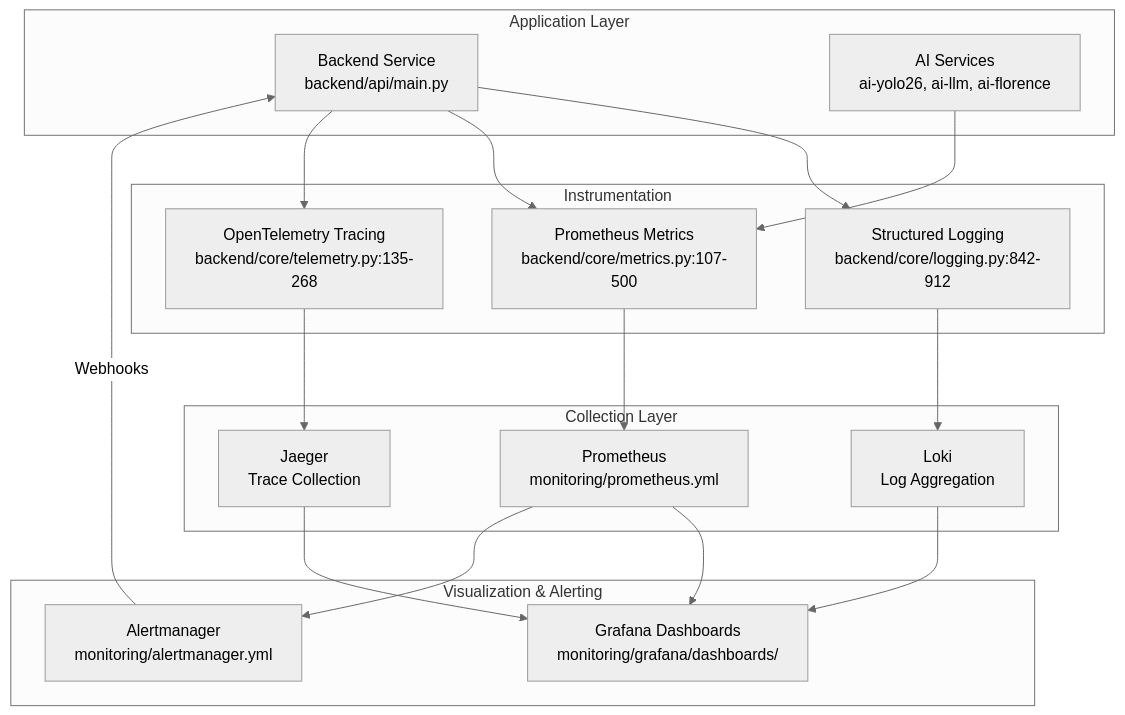
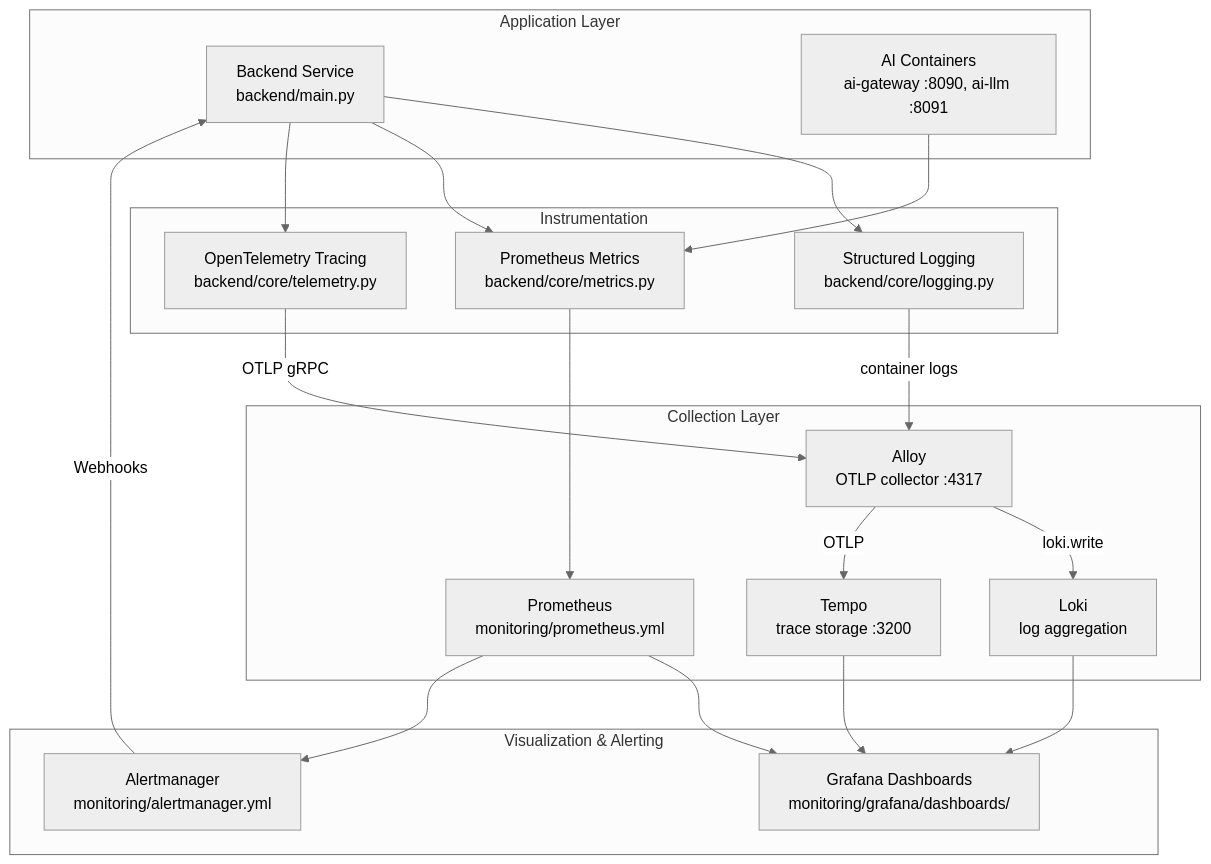
Before and after one commit to mikesvoboda/nemotron-v3-home-security-intelligence: the diagram in docs/architecture/observability/README.md, drawn with Mermaid (neutral theme). The commit also changed other lines of this file and 313 other files, not shown here.

````diff
--- a/docs/architecture/observability/README.md
+++ b/docs/architecture/observability/README.md
@@ -27,40 +29,43 @@
 ```mermaid
 graph TD
     subgraph "Application Layer"
-        BE[Backend Service<br/>backend/api/main.py]
-        AI[AI Services<br/>ai-yolo26, ai-llm, ai-florence]
+        BE[Backend Service<br/>backend/main.py]
+        AI[AI Containers<br/>ai-gateway :8090, ai-llm :8091]
     end
 
     subgraph "Instrumentation"
-        LOG[Structured Logging<br/>backend/core/logging.py:842-912]
-        MET[Prometheus Metrics<br/>backend/core/metrics.py:107-500]
-        TRC[OpenTelemetry Tracing<br/>backend/core/telemetry.py:135-268]
+        LOG[Structured Logging<br/>backend/core/logging.py]
+        MET[Prometheus Metrics<br/>backend/core/metrics.py]
+        TRC[OpenTelemetry Tracing<br/>backend/core/telemetry.py]
     end
 
     subgraph "Collection Layer"
         PROM[Prometheus<br/>monitoring/prometheus.yml]
-        LOKI[Loki<br/>Log Aggregation]
-        JAEG[Jaeger<br/>Trace Collection]
+        LOKI[Loki<br/>log aggregation]
+        ALLOY[Alloy<br/>OTLP collector :4317]
+        TEMPO[Tempo<br/>trace storage :3200]
     end
 
     subgraph "Visualization & Alerting"
         GRAF[Grafana Dashboards<br/>monitoring/grafana/dashboards/]
         AM[Alertmanager<br/>monitoring/alertmanager.yml]
     end
 
     BE --> LOG
     BE --> MET
     BE --> TRC
     AI --> MET
 
-    LOG --> LOKI
+    LOG --> |container logs| ALLOY
+    ALLOY --> |loki.write| LOKI
     MET --> PROM
-    TRC --> JAEG
+    TRC --> |OTLP gRPC| ALLOY
+    ALLOY --> |OTLP| TEMPO
 
     PROM --> GRAF
     LOKI --> GRAF
-    JAEG --> GRAF
+    TEMPO --> GRAF
     PROM --> AM
 
     AM --> |Webhooks| BE
 ```
````
